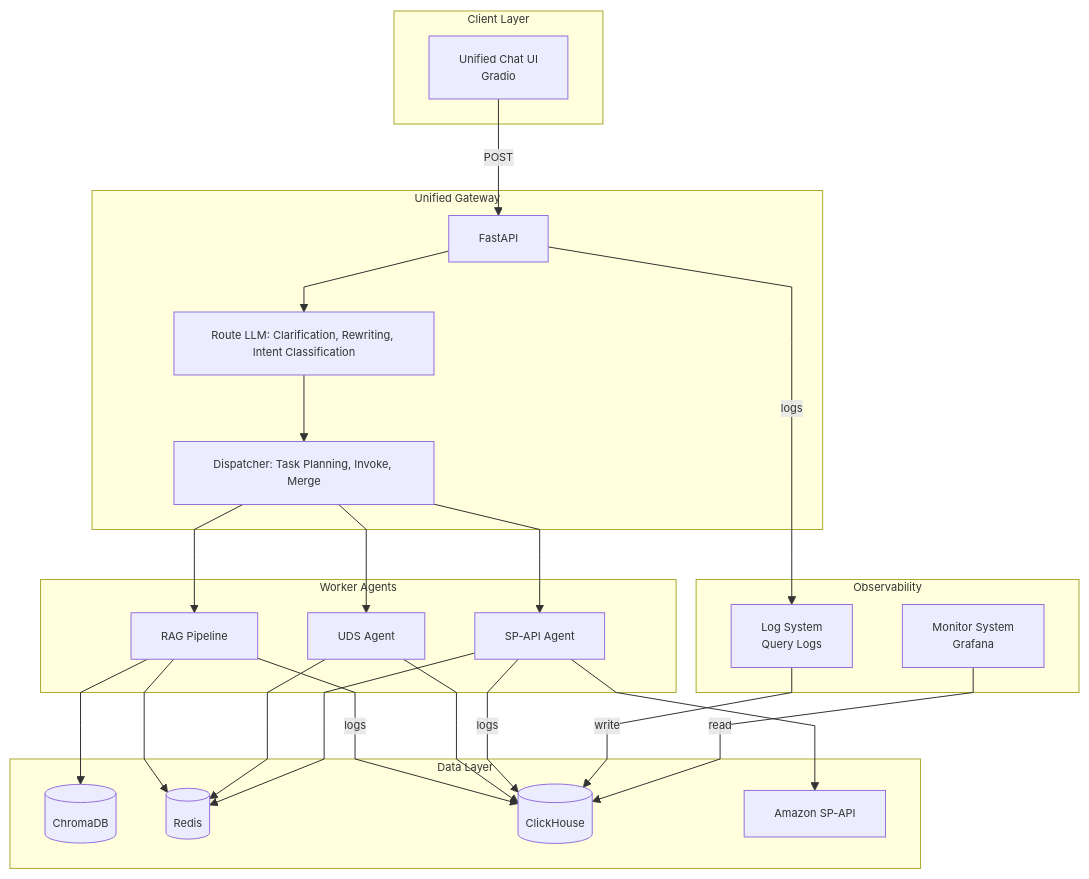
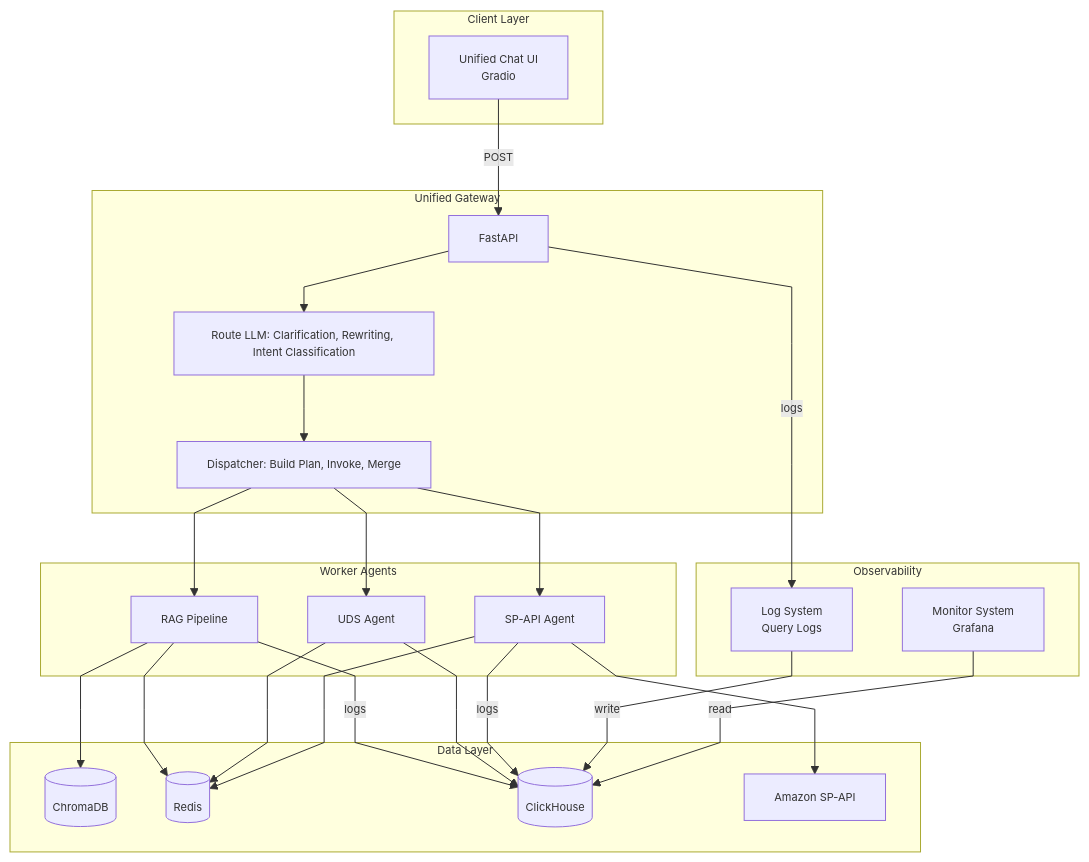
Before and after one commit to lenhop/IC-RAG-Agent: the second of 14 diagrams in docs/FRAMEWORK.md, drawn with Mermaid. The commit also changed other lines of this file and 19 other files, not shown here.

````diff
--- a/docs/FRAMEWORK.md
+++ b/docs/FRAMEWORK.md
@@ -22,51 +66,51 @@
 ```mermaid
 %%{init: {'themeVariables': {'fontSize': '11px'}, 'flowchart': {'curve': 'linear'}}}%%
 flowchart TB
     subgraph Client["Client Layer"]
         UI[Unified Chat UI<br/>Gradio]
     end
 
     subgraph Gateway["Unified Gateway"]
         API[FastAPI]
         RouteLLM[Route LLM: Clarification, Rewriting, Intent Classification]
-        Dispatcher[Dispatcher: Task Planning, Invoke, Merge]
+        Dispatcher[Dispatcher: Build Plan, Invoke, Merge]
     end
 
     subgraph Workers["Worker Agents"]
         RAG[RAG Pipeline]
         UDS[UDS Agent]
         SP[SP-API Agent]
     end
 
     subgraph Data["Data Layer"]
         Chroma[(ChromaDB)]
         Redis[(Redis)]
         CH[(ClickHouse)]
         SPAPI_EXT[Amazon SP-API]
     end
 
     subgraph Observability["Observability"]
         Monitor[Monitor System<br/>Grafana]
         Log[Log System<br/>Query Logs]
     end
 
     UI -->|POST| API
     API --> RouteLLM
     RouteLLM --> Dispatcher
     Dispatcher --> RAG
     Dispatcher --> UDS
     Dispatcher --> SP
 
     RAG --> Chroma
     RAG --> Redis
     RAG -->|logs| CH
     UDS --> CH
     UDS --> Redis
     SP --> SPAPI_EXT
     SP --> Redis
     SP -->|logs| CH
 
     API -->|logs| Log
     Log -->|write| CH
     Monitor -->|read| CH
 ```
````
